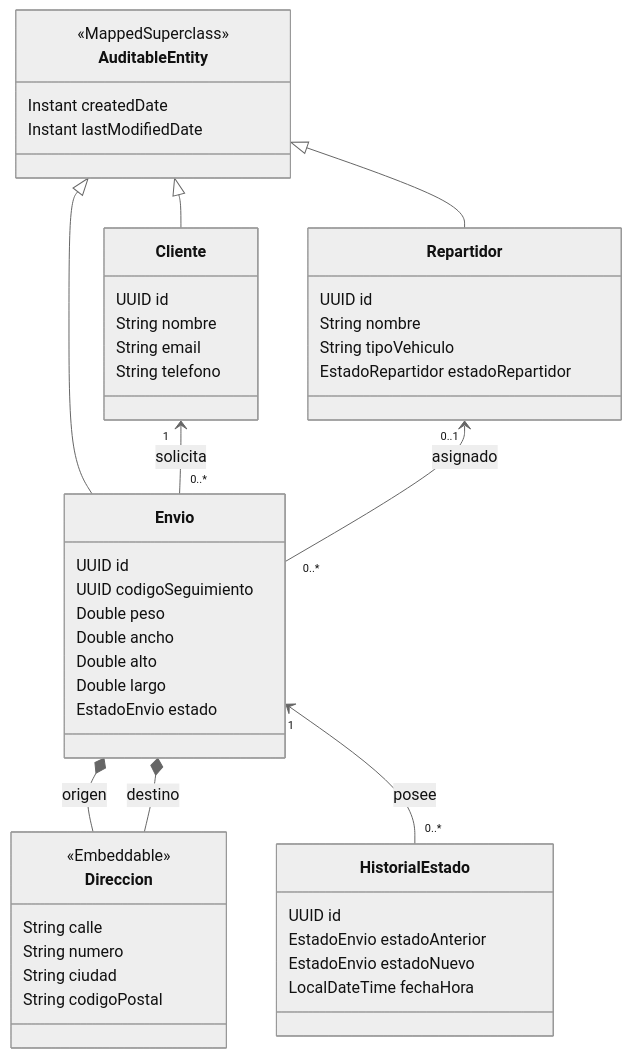
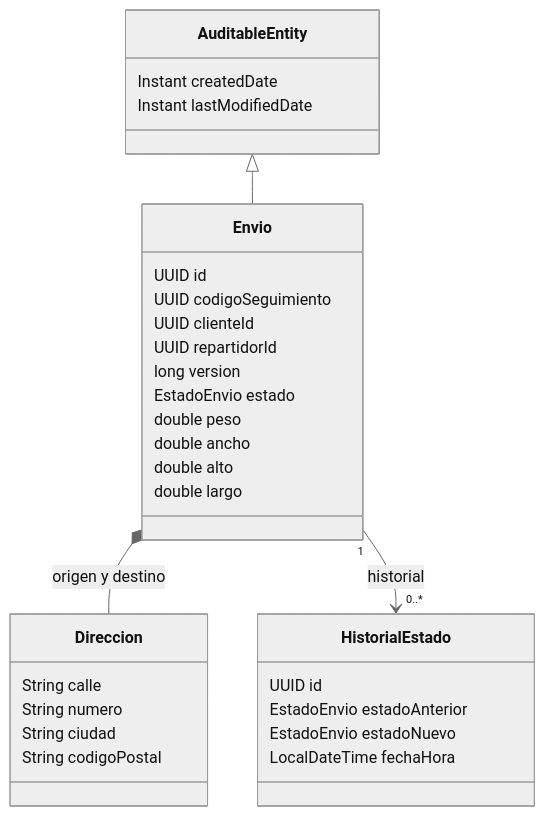
One commit to logitrack-styx/shipment-styx changed the third of 4 diagrams in Readme.md. Above: the diagram before and after it, drawn with Mermaid (neutral theme). The commit also changed other lines of this file, not shown here.

````diff
--- a/Readme.md
+++ b/Readme.md
@@ -190,59 +193,34 @@
 ```mermaid
 classDiagram
-
     class AuditableEntity {
-        <<MappedSuperclass>>
         Instant createdDate
         Instant lastModifiedDate
     }
-
-    class Cliente {
-        UUID id
-        String nombre
-        String email
-        String telefono
-    }
-
-    class Repartidor {
-        UUID id
-        String nombre
-        String tipoVehiculo
-        EstadoRepartidor estadoRepartidor
-    }
-
     class Envio {
         UUID id
         UUID codigoSeguimiento
-        Double peso
-        Double ancho
-        Double alto
-        Double largo
+        UUID clienteId
+        UUID repartidorId
+        long version
         EstadoEnvio estado
+        double peso
+        double ancho
+        double alto
+        double largo
     }
-    
     class Direccion {
-        <<Embeddable>>
         String calle
         String numero
         String ciudad
         String codigoPostal
     }
-
     class HistorialEstado {
         UUID id
         EstadoEnvio estadoAnterior
         EstadoEnvio estadoNuevo
         LocalDateTime fechaHora
     }
-
-    AuditableEntity <|-- Cliente
-    AuditableEntity <|-- Repartidor
     AuditableEntity <|-- Envio
-    
-    Envio *-- Direccion : origen
-    Envio *-- Direccion : destino
-
-    Cliente "1" <-- "0..*" Envio : solicita
-    Repartidor "0..1" <-- "0..*" Envio : asignado
-    Envio "1" <-- "0..*" HistorialEstado : posee
+    Envio *-- Direccion : origen y destino
+    Envio "1" --> "0..*" HistorialEstado : historial
 ```
````
